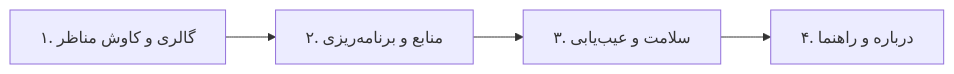
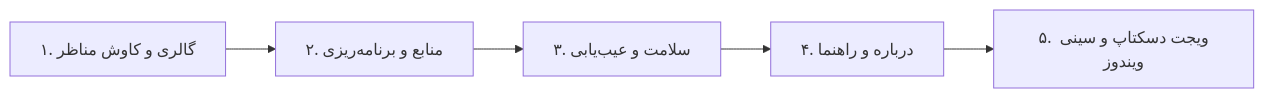
One commit to taimazus/SetWinWallpaper changed the diagram in docs/wiki/User-Guide.md. Above: the diagram before and after it, drawn with Mermaid. The commit also changed other lines of this file and 14 other files, not shown here.

Commit message:
docs: synchronize README, architecture, CLI, sources, and wiki with v1.7.0 features and 75 tests

````diff
--- a/docs/wiki/User-Guide.md
+++ b/docs/wiki/User-Guide.md
@@ -11,6 +11,7 @@
 ```mermaid
 graph LR
     Tab1[۱. گالری و کاوش مناظر] --> Tab2[۲. منابع و برنامه‌ریزی]
     Tab2 --> Tab3[۳. سلامت و عیب‌یابی]
     Tab3 --> Tab4[۴. درباره و راهنما]
+    Tab4 --> Tab5[۵. ویجت دسکتاپ و سینی ویندوز]
 ```
````
